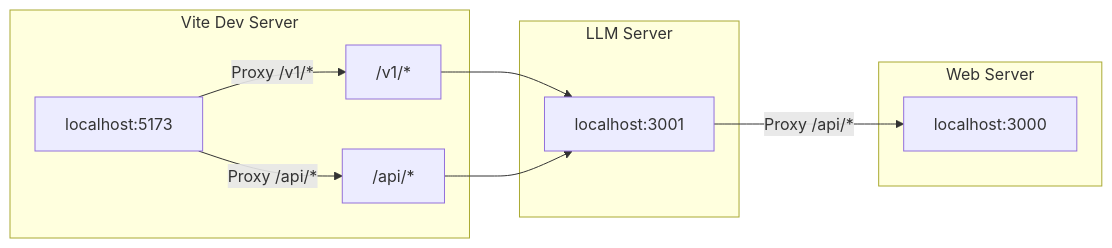
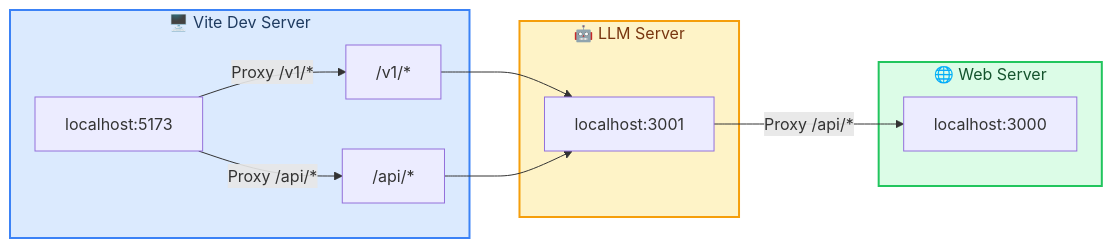
Before and after one commit to openhoat/mesame: the second of 6 diagrams in docs/guide/architecture.md, drawn with Mermaid. The commit also changed other lines of this file and 2 other files, not shown here.

First line of the commit message:
docs: improve Mermaid diagrams and remove WIP warning

````diff
--- a/docs/guide/architecture.md
+++ b/docs/guide/architecture.md
@@ -65,20 +73,24 @@
 ```mermaid
 flowchart LR
-    subgraph ViteDev["Vite Dev Server"]
+    subgraph ViteDev["🖥️ Vite Dev Server"]
         VD["localhost:5173"]
         VD -->|"Proxy /v1/*"| VP1["/v1/*"]
         VD -->|"Proxy /api/*"| AP1["/api/*"]
     end
 
-    subgraph LLMDev["LLM Server"]
+    subgraph LLMDev["🤖 LLM Server"]
         LS["localhost:3001"]
     end
 
-    subgraph WebDev["Web Server"]
+    subgraph WebDev["🌐 Web Server"]
         WS["localhost:3000"]
     end
 
     VP1 --> LS
     AP1 --> LS
     LS -->|"Proxy /api/*"| WS
+
+    style ViteDev fill:#dbeafe,stroke:#3b82f6,stroke-width:2px,color:#1e3a5f
+    style LLMDev fill:#fef3c7,stroke:#f59e0b,stroke-width:2px,color:#78350f
+    style WebDev fill:#dcfce7,stroke:#22c55e,stroke-width:2px,color:#14532d
 ```
````
